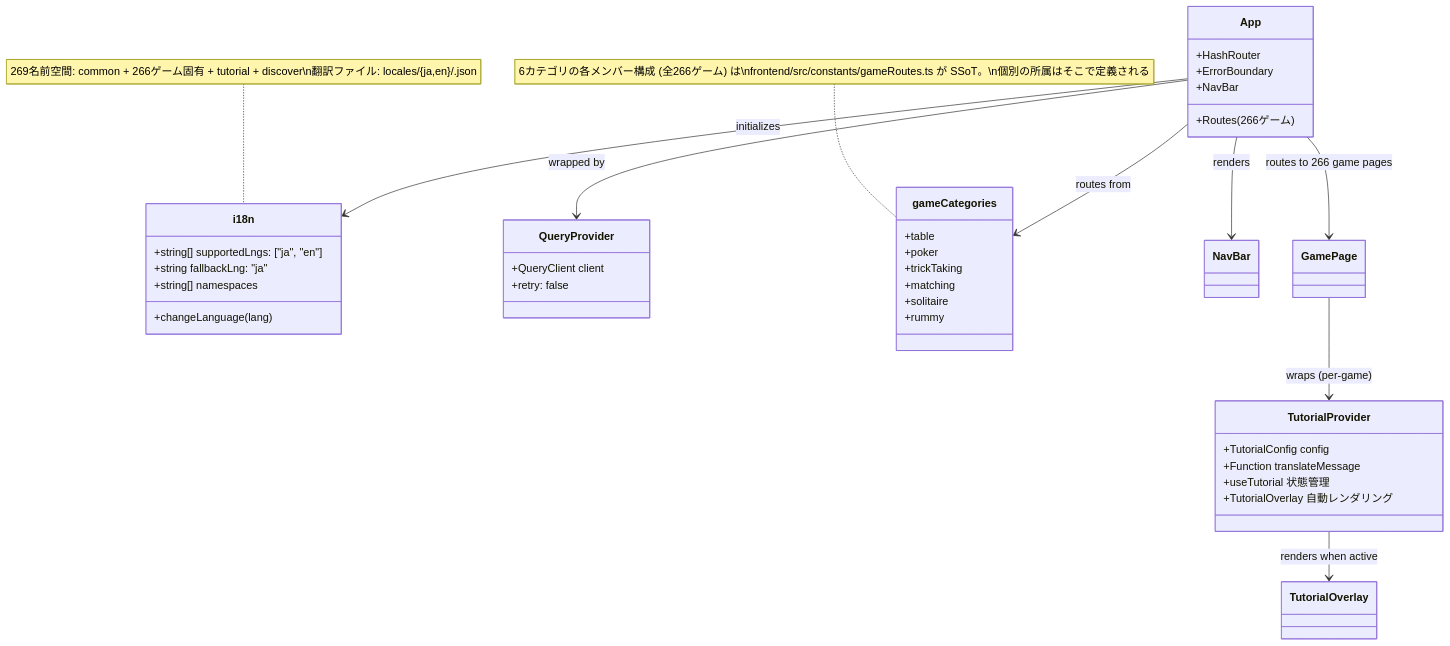
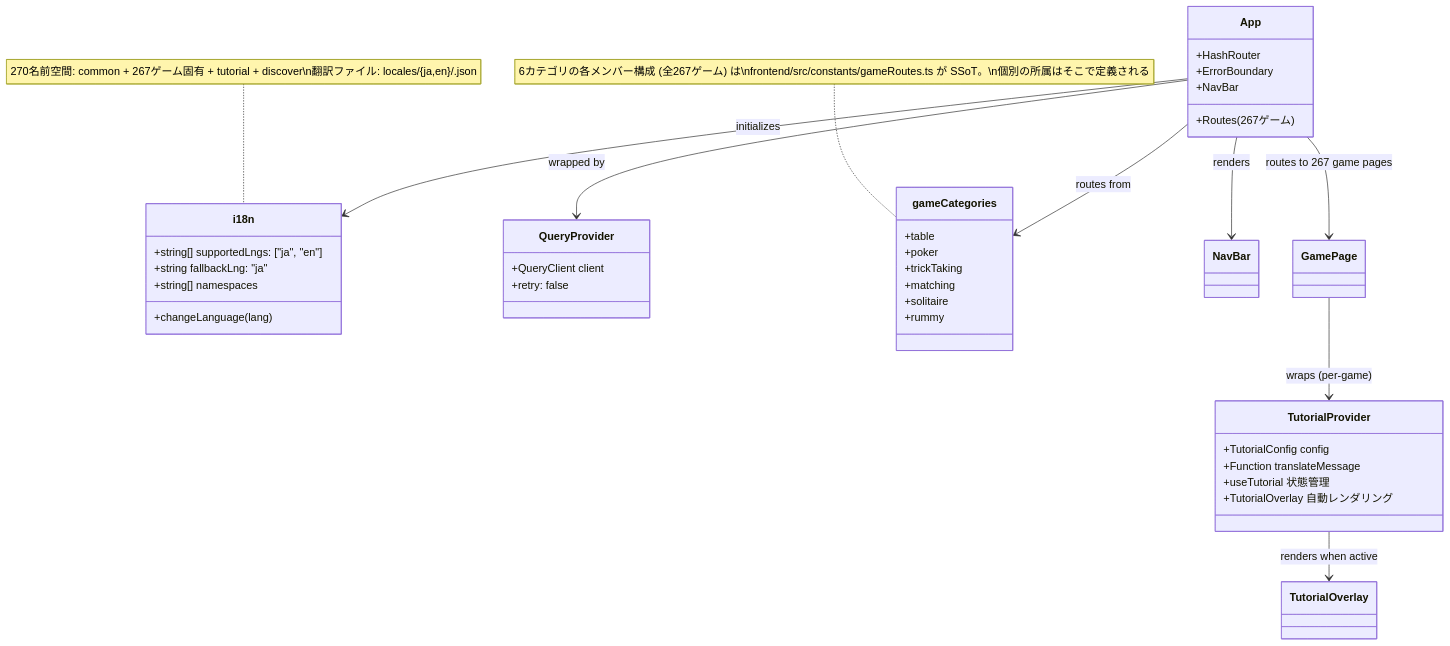
The ninth of 49 diagrams in docs/design/frontend.md (yuta-yoshinaga/go_trumpcards), drawn with Mermaid before and after one commit. The commit also changed other lines of this file and 58 other files, not shown here.

````diff
--- a/docs/design/frontend.md
+++ b/docs/design/frontend.md
@@ -1869,48 +1869,48 @@
 ```mermaid
 classDiagram
     class i18n {
         +string[] supportedLngs: ["ja", "en"]
         +string fallbackLng: "ja"
         +string[] namespaces
         +changeLanguage(lang)
     }
 
     class QueryProvider {
         +QueryClient client
         +retry: false
     }
 
     class App {
         +HashRouter
         +ErrorBoundary
         +NavBar
-        +Routes (266ゲーム)
+        +Routes (267ゲーム)
     }
 
     class gameCategories {
         +table
         +poker
         +trickTaking
         +matching
         +solitaire
         +rummy
     }
-    note for gameCategories "6カテゴリの各メンバー構成 (全266ゲーム) は\nfrontend/src/constants/gameRoutes.ts が SSoT。\n個別の所属はそこで定義される"
+    note for gameCategories "6カテゴリの各メンバー構成 (全267ゲーム) は\nfrontend/src/constants/gameRoutes.ts が SSoT。\n個別の所属はそこで定義される"
 
     class TutorialProvider {
         +TutorialConfig config
         +Function translateMessage
         +useTutorial 状態管理
         +TutorialOverlay 自動レンダリング
     }
 
     App --> QueryProvider : wrapped by
     App --> i18n : initializes
     App --> gameCategories : routes from
     App --> NavBar : renders
-    App --> GamePage : routes to 266 game pages
+    App --> GamePage : routes to 267 game pages
     GamePage --> TutorialProvider : wraps (per-game)
     TutorialProvider --> TutorialOverlay : renders when active
 
-    note for i18n "269名前空間: common + 266ゲーム固有 + tutorial + discover\n翻訳ファイル: locales/{ja,en}/<game>.json"
+    note for i18n "270名前空間: common + 267ゲーム固有 + tutorial + discover\n翻訳ファイル: locales/{ja,en}/<game>.json"
 ```
````
